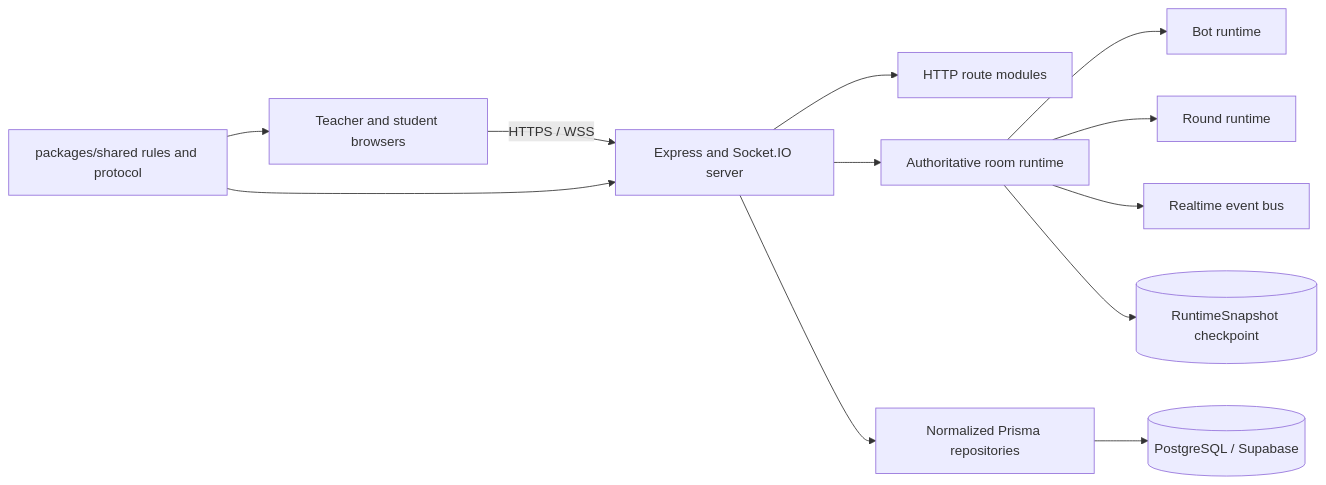
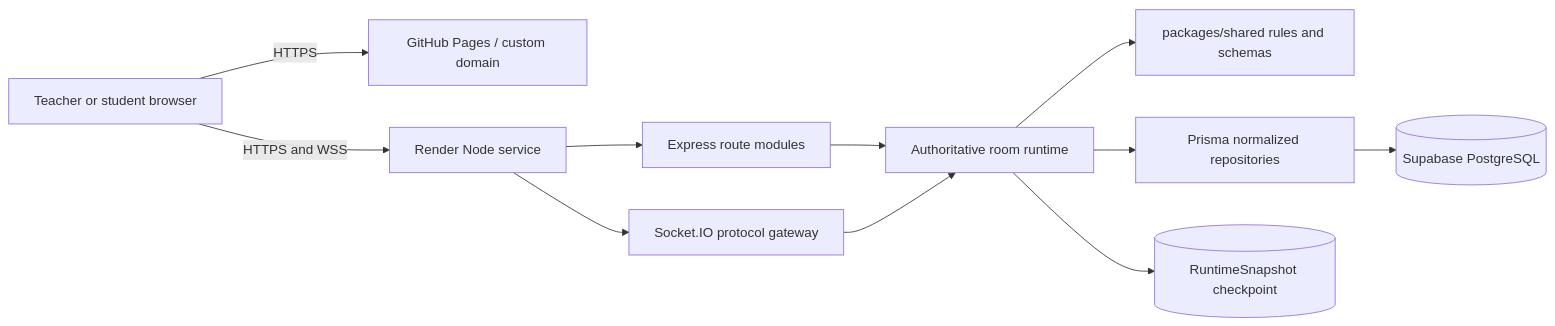
The first of 2 diagrams in architecture.md (susume/GyakutenEigo), drawn with Mermaid before and after one commit. The commit also changed other lines of this file and 2 other files, not shown here.

Commit message:
architecture

````diff
--- a/architecture.md
+++ b/architecture.md
@@ -13,15 +19,14 @@
 ```mermaid
 flowchart LR
-  Browser[Teacher and student browsers]
-  Browser -->|HTTPS / WSS| Server[Express and Socket.IO server]
-  Server --> Routes[HTTP route modules]
-  Server --> Room[Authoritative room runtime]
-  Room --> Bots[Bot runtime]
-  Room --> Rounds[Round runtime]
-  Room --> Events[Realtime event bus]
-  Server --> Repos[Normalized Prisma repositories]
-  Repos --> DB[(PostgreSQL / Supabase)]
-  Room --> Snapshot[(RuntimeSnapshot checkpoint)]
-  Shared[packages/shared rules and protocol] --> Server
-  Shared --> Browser
+  Browser[Teacher or student browser]
+  Browser -->|HTTPS| Web[GitHub Pages / custom domain]
+  Browser -->|HTTPS and WSS| API[Render Node service]
+  API --> HTTP[Express route modules]
+  API --> Socket[Socket.IO protocol gateway]
+  HTTP --> Room[Authoritative room runtime]
+  Socket --> Room
+  Room --> Rules[packages/shared rules and schemas]
+  Room --> Durable[Prisma normalized repositories]
+  Durable --> DB[(Supabase PostgreSQL)]
+  Room --> Checkpoint[(RuntimeSnapshot checkpoint)]
 ```
````
